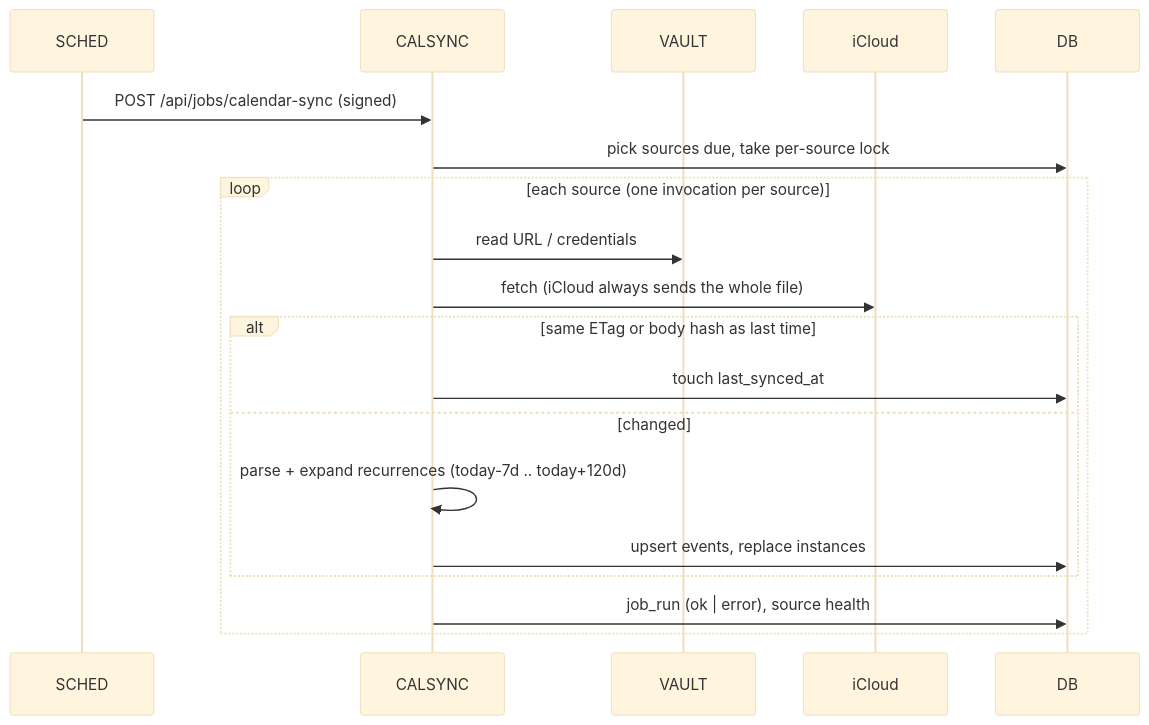
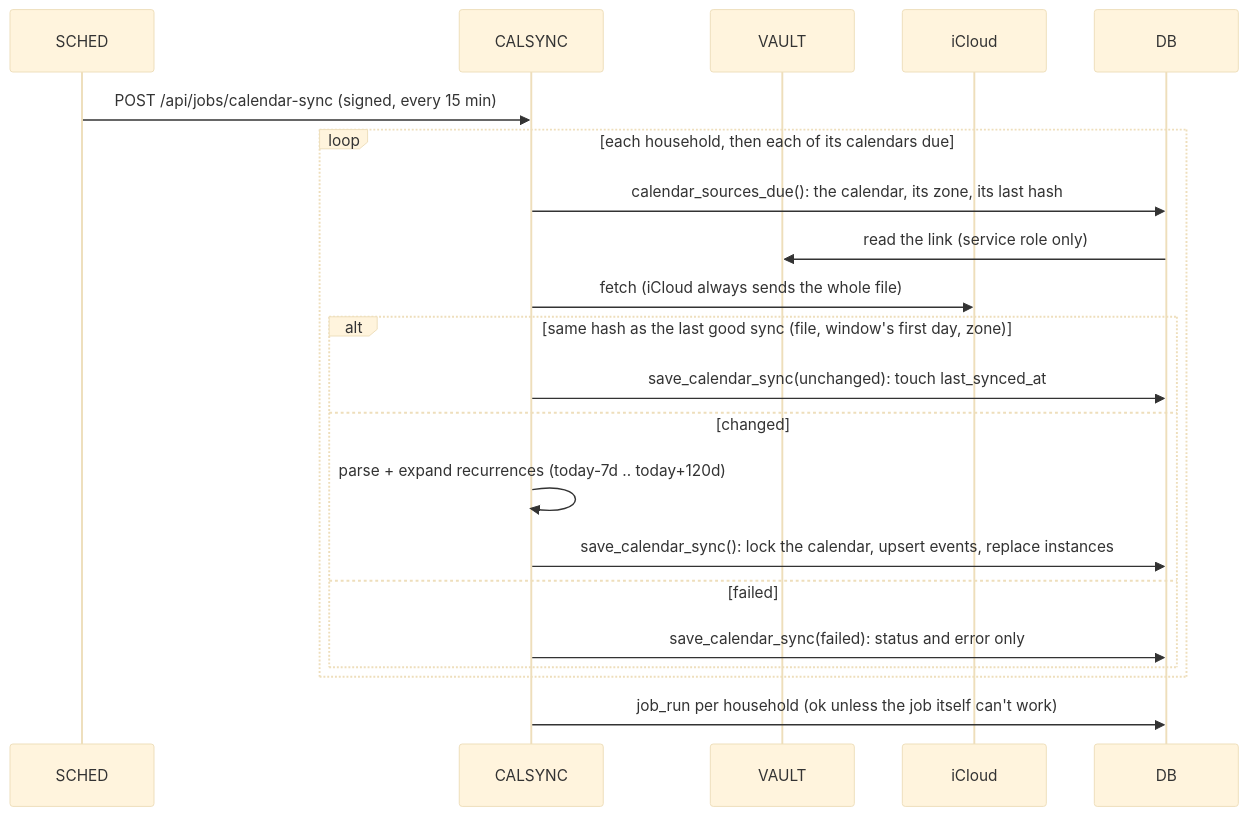
Before and after one commit to mronan83/Family-Hub: the sixth of 12 diagrams in docs/01-technical-architecture.md, drawn with Mermaid (base theme). The commit also changed other lines of this file and 28 other files, not shown here.

First line of the commit message:
WP-22: ICS calendar sync (D-63) (#41)

````diff
--- a/docs/01-technical-architecture.md
+++ b/docs/01-technical-architecture.md
@@ -284,22 +285,24 @@
 ```mermaid
 sequenceDiagram
   participant S as SCHED
   participant C as CALSYNC
   participant V as VAULT
   participant I as iCloud
   participant D as DB
 
-  S->>C: POST /api/jobs/calendar-sync (signed)
-  C->>D: pick sources due, take per-source lock
-  loop each source (one invocation per source)
-    C->>V: read URL / credentials
+  S->>C: POST /api/jobs/calendar-sync (signed, every 15 min)
+  loop each household, then each of its calendars due
+    C->>D: calendar_sources_due(): the calendar, its zone, its last hash
+    D->>V: read the link (service role only)
     C->>I: fetch (iCloud always sends the whole file)
-    alt same ETag or body hash as last time
-      C->>D: touch last_synced_at
+    alt same hash as the last good sync (file, window's first day, zone)
+      C->>D: save_calendar_sync(unchanged): touch last_synced_at
     else changed
       C->>C: parse + expand recurrences (today-7d .. today+120d)
-      C->>D: upsert events, replace instances
+      C->>D: save_calendar_sync(): lock the calendar, upsert events, replace instances
+    else failed
+      C->>D: save_calendar_sync(failed): status and error only
     end
-    C->>D: job_run (ok | error), source health
   end
+  C->>D: job_run per household (ok unless the job itself can't work)
 ```
````
